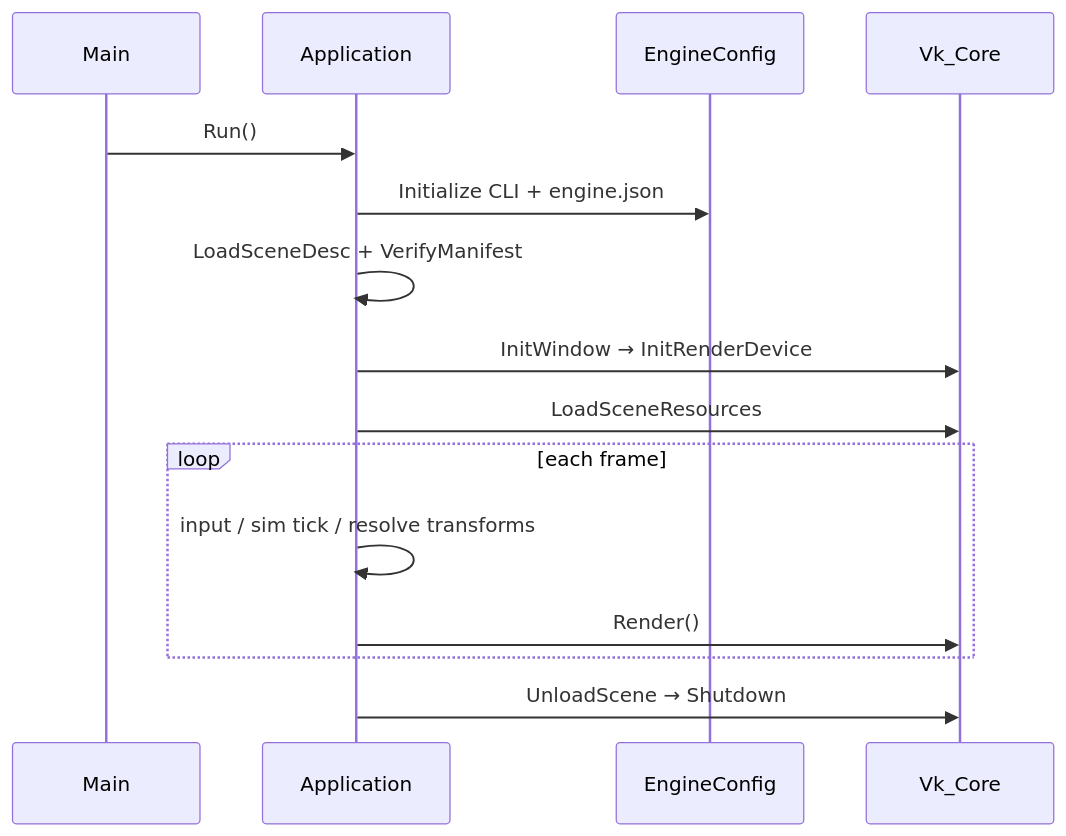
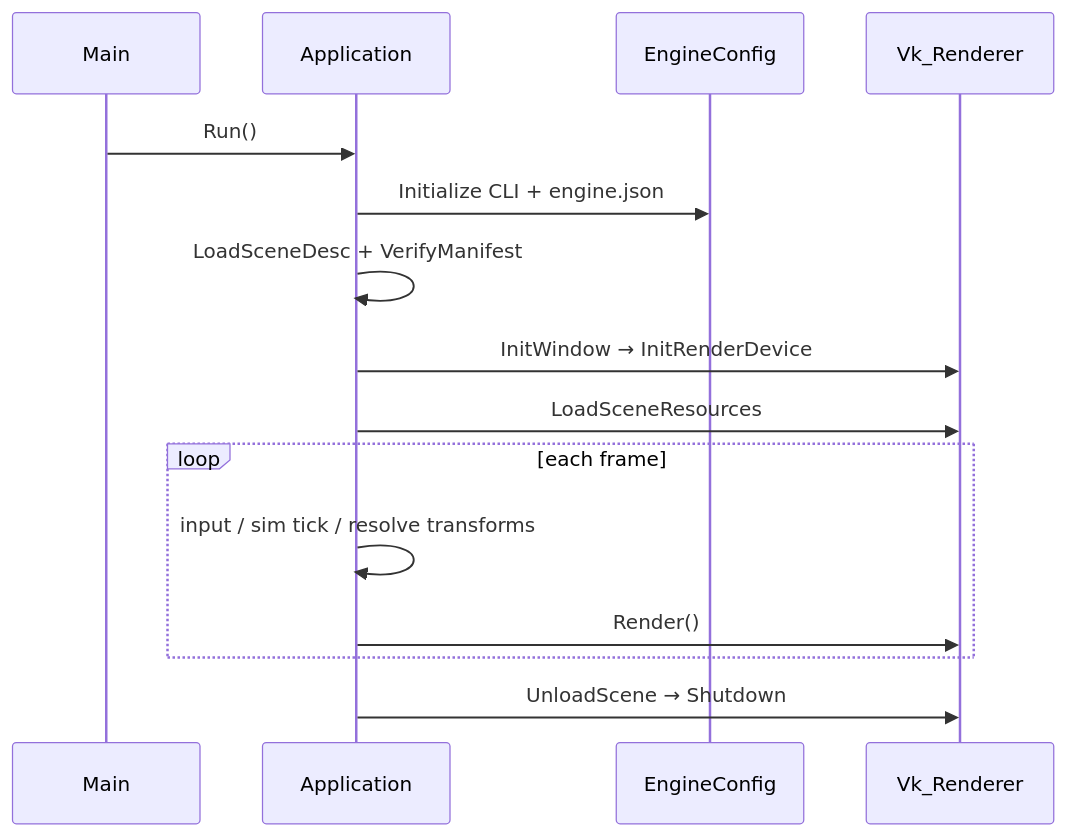
Before and after one commit to PluseggWill/SiriusEngine_VulkanReboot: the fourth of 13 diagrams in Docs/EngineArchitecture.md, drawn with Mermaid. The commit also changed other lines of this file and 22 other files, not shown here.

````diff
--- a/Docs/EngineArchitecture.md
+++ b/Docs/EngineArchitecture.md
@@ -123,18 +123,18 @@
 ```mermaid
 sequenceDiagram
   participant Main
   participant App as Application
   participant CFG as EngineConfig
-  participant VK as Vk_Core
+  participant VK as Vk_Renderer
 
   Main->>App: Run()
   App->>CFG: Initialize CLI + engine.json
   App->>App: LoadSceneDesc + VerifyManifest
   App->>VK: InitWindow → InitRenderDevice
   App->>VK: LoadSceneResources
   loop each frame
     App->>App: input / sim tick / resolve transforms
     App->>VK: Render()
   end
   App->>VK: UnloadScene → Shutdown
 ```
````
